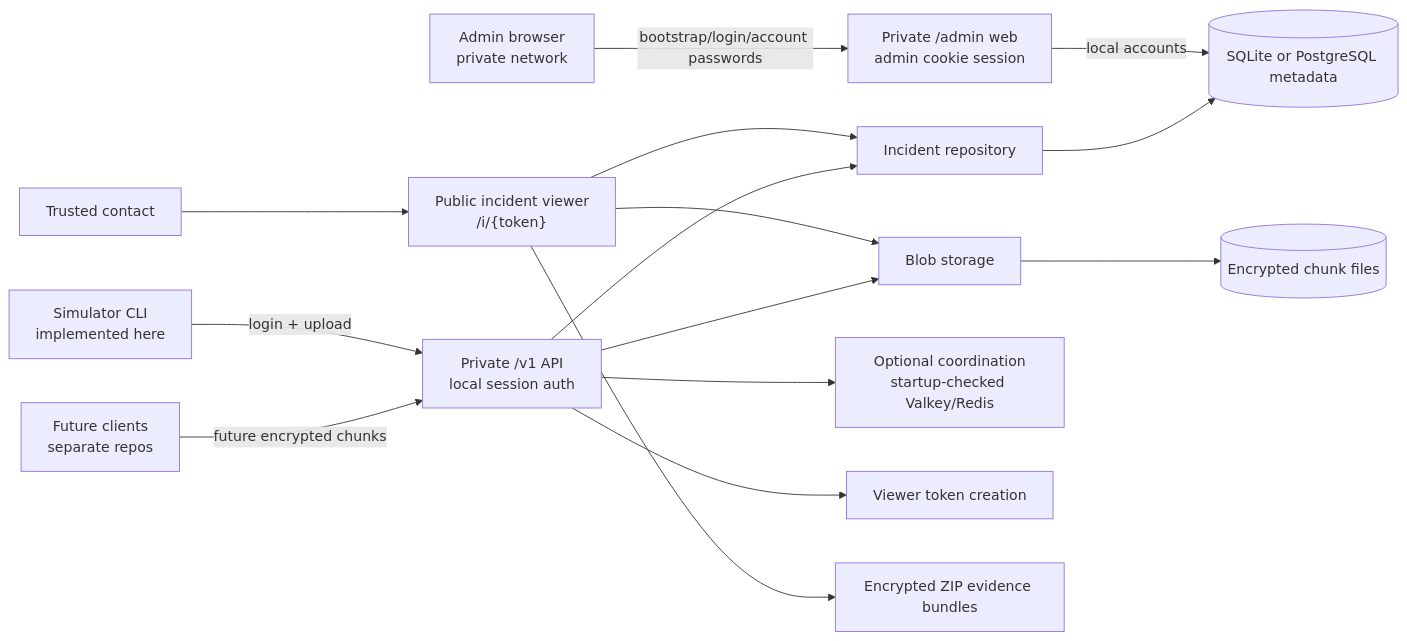
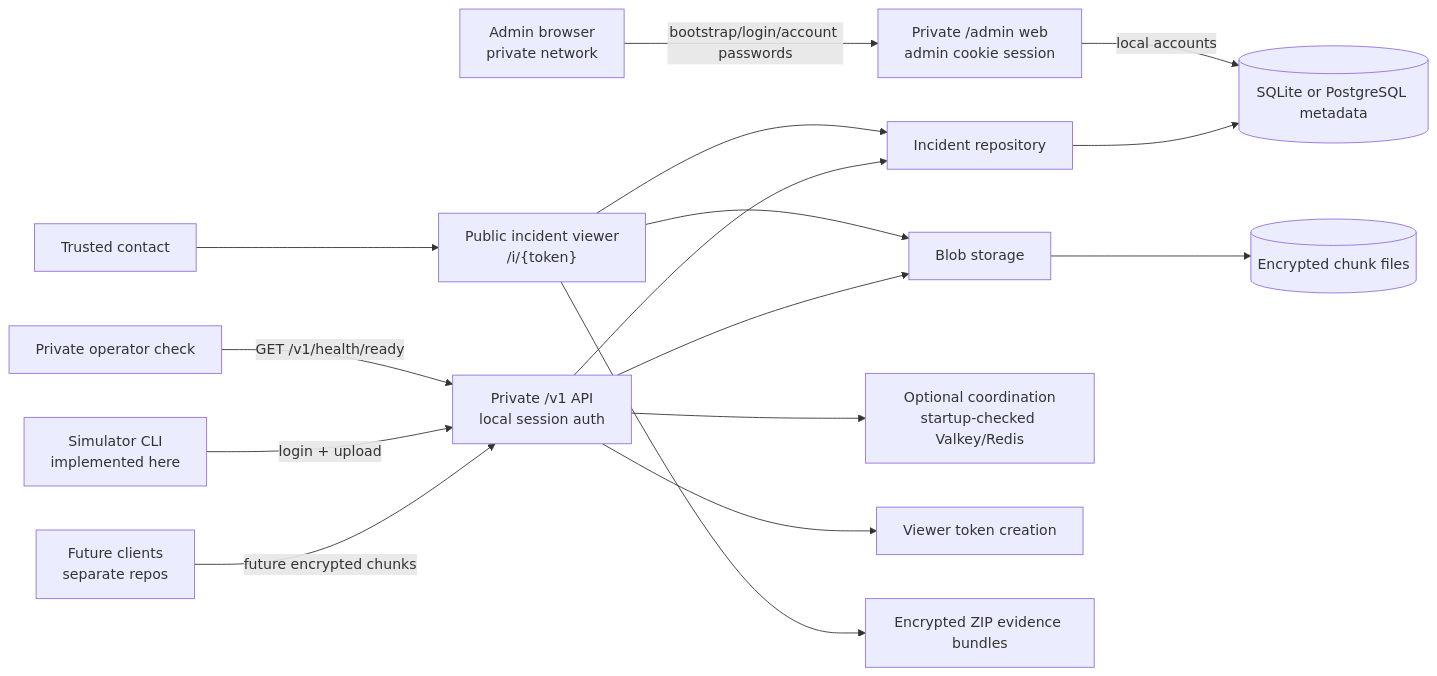
One commit to open-proofline/server changed the first of 4 diagrams in docs/architecture.md. Above: the diagram before and after it, drawn with Mermaid. The commit also changed other lines of this file and 26 other files, not shown here.

Commit message:
Add private health and readiness checks

````diff
--- a/docs/architecture.md
+++ b/docs/architecture.md
@@ -18,17 +18,18 @@
 ```mermaid
 flowchart LR
     FutureClients["Future clients<br/>separate repos"] -->|"future encrypted chunks"| PrivateAPI["Private /v1 API<br/>local session auth"]
     Operator["Admin browser<br/>private network"] -->|"bootstrap/login/account passwords"| AdminWeb["Private /admin web<br/>admin cookie session"]
     Simulator["Simulator CLI<br/>implemented here"] -->|"login + upload"| PrivateAPI
     PrivateAPI --> Repo["Incident repository"]
     Repo --> DB[(SQLite or PostgreSQL metadata)]
     AdminWeb -->|"local accounts"| DB
     PrivateAPI --> Store["Blob storage"]
     Store --> Files[(Encrypted chunk files)]
+    OperatorCheck["Private operator check"] -->|"GET /v1/health/ready"| PrivateAPI
     PrivateAPI --> Coord["Optional coordination<br/>startup-checked Valkey/Redis"]
     PrivateAPI --> Token["Viewer token creation"]
     Contact["Trusted contact"] --> Viewer["Public incident viewer<br/>/i/{token}"]
     Viewer --> Repo
     Viewer --> Store
     Viewer --> Bundle["Encrypted ZIP evidence bundles"]
 ```
````
